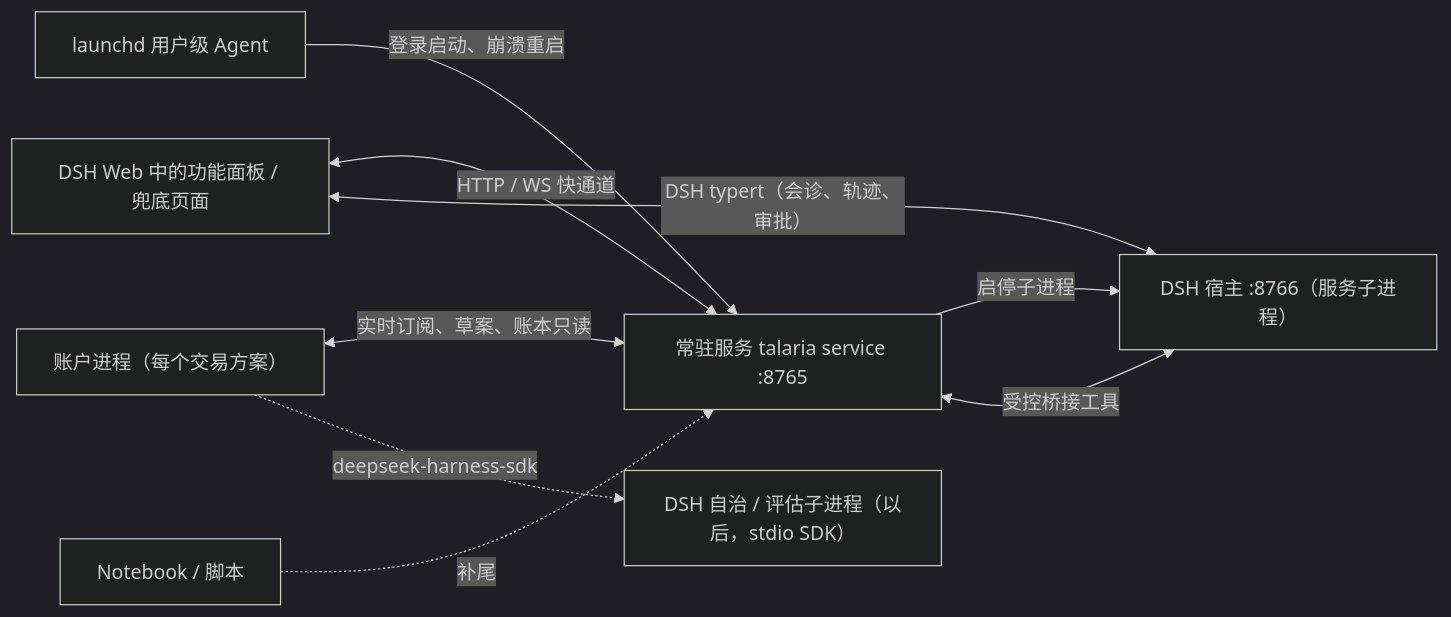
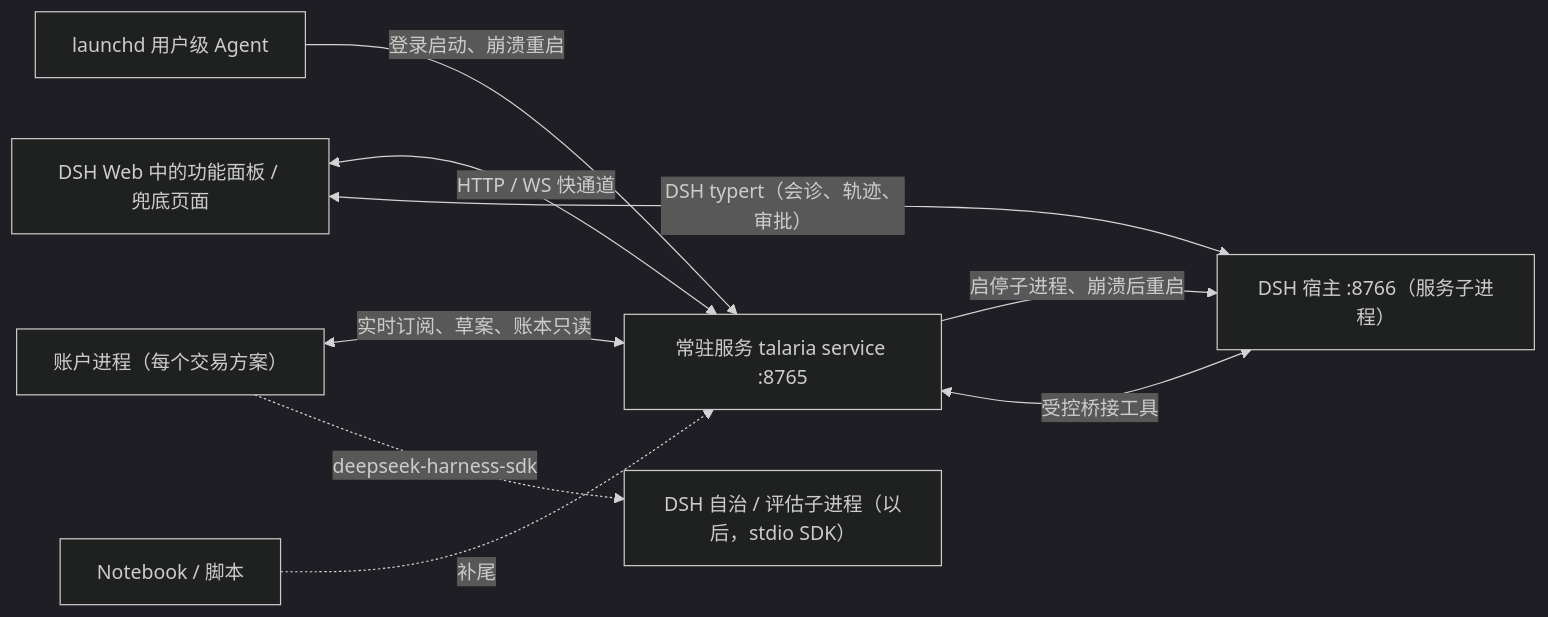
Before and after one commit to Dikui/Talaria: the second of 2 diagrams in docs/architecture.md, drawn with Mermaid (dark theme). The commit also changed other lines of this file and 9 other files, not shown here.

````diff
--- a/docs/architecture.md
+++ b/docs/architecture.md
@@ -518,19 +518,19 @@
 ```mermaid
 flowchart LR
   Launchd["launchd 用户级 Agent"]
   Svc["常驻服务 talaria service :8765"]
   Browser["DSH Web 中的功能面板 / 兜底页面"]
   DSHWeb["DSH 宿主 :8766（服务子进程）"]
   Acct["账户进程（每个交易方案）"]
   NB["Notebook / 脚本"]
   DSHAuto["DSH 自治 / 评估子进程（以后，stdio SDK）"]
 
   Launchd -->|"登录启动、崩溃重启"| Svc
-  Svc -->|"启停子进程"| DSHWeb
+  Svc -->|"启停子进程、崩溃后重启"| DSHWeb
   Browser <-->|"HTTP / WS 快通道"| Svc
   Browser <-->|"DSH typert（会诊、轨迹、审批）"| DSHWeb
   DSHWeb <-->|"受控桥接工具"| Svc
   Acct <-->|"实时订阅、草案、账本只读"| Svc
   NB -. "补尾" .-> Svc
   Acct -. "deepseek-harness-sdk" .-> DSHAuto
 ```
````
